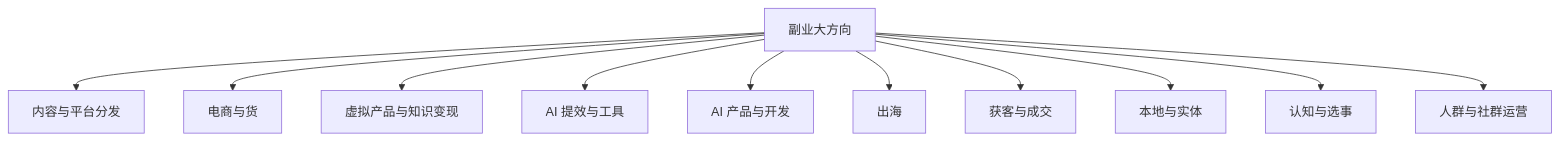
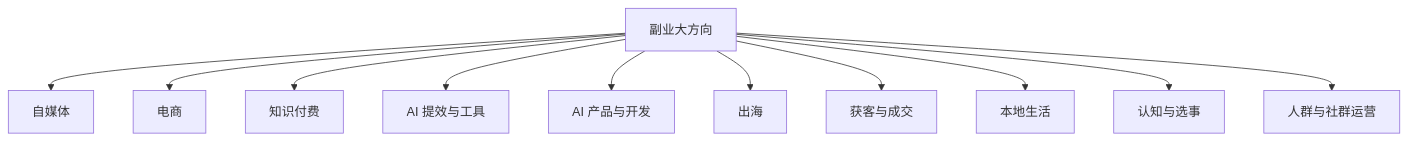
Before and after one commit to inkwen-dev/leiwen.pro: the diagram in playbook/站点/图/directions.md, drawn with Mermaid. The commit also changed 16 other files, not shown here.

````diff
--- a/playbook/站点/图/directions.md
+++ b/playbook/站点/图/directions.md
@@ -5,24 +5,24 @@
 ```mermaid
 flowchart TB
   n1["副业大方向"]
-  n2["内容与平台分发"]
+  n2["自媒体"]
   n1 --> n2
-  n3["电商与货"]
+  n3["电商"]
   n1 --> n3
-  n4["虚拟产品与知识变现"]
+  n4["知识付费"]
   n1 --> n4
   n5["AI 提效与工具"]
   n1 --> n5
   n6["AI 产品与开发"]
   n1 --> n6
   n7["出海"]
   n1 --> n7
   n8["获客与成交"]
   n1 --> n8
-  n9["本地与实体"]
+  n9["本地生活"]
   n1 --> n9
   n10["认知与选事"]
   n1 --> n10
   n11["人群与社群运营"]
   n1 --> n11
 ```
````
